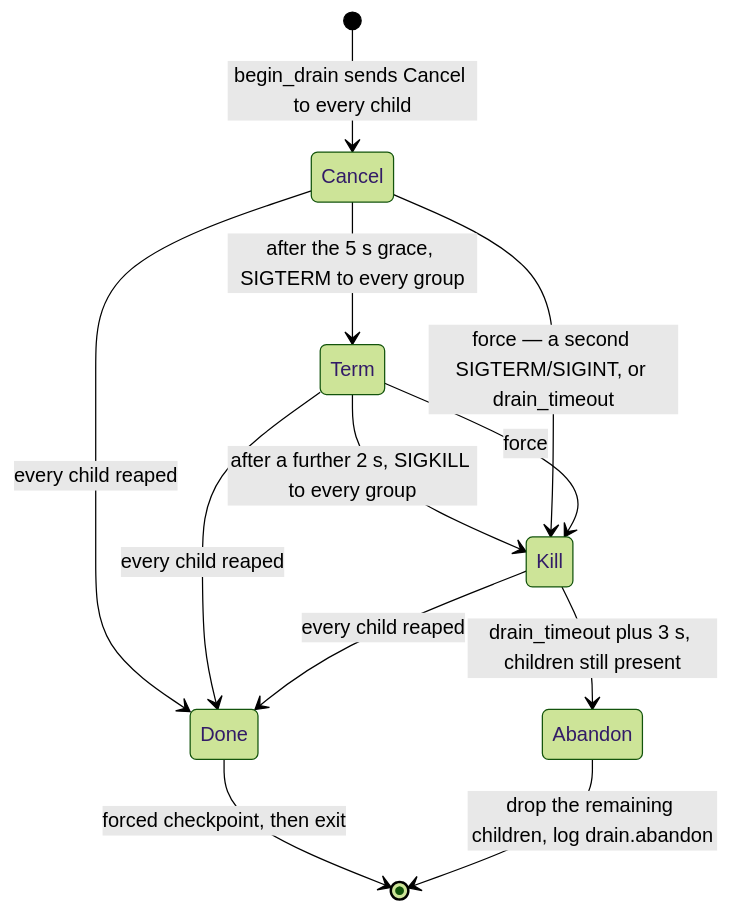
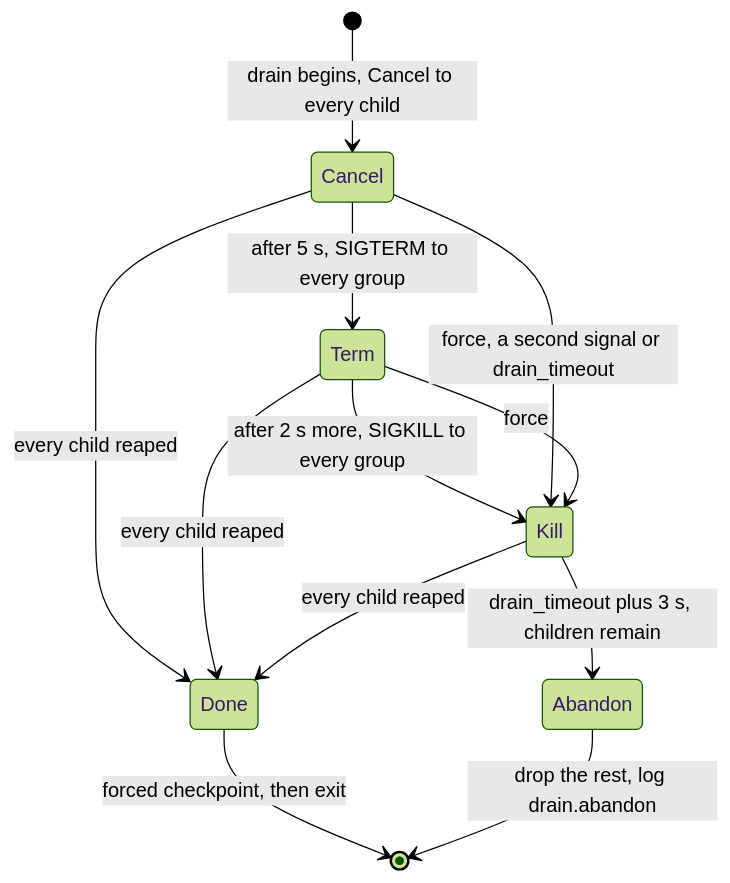
Before and after one commit to agentd-dev/source-code: the fourth of 5 diagrams in docs/harness.md, drawn with Mermaid (forest theme). The commit also changed other lines of this file and 110 other files, not shown here.

````diff
--- a/docs/harness.md
+++ b/docs/harness.md
@@ -235,14 +243,14 @@
 ```mermaid
 stateDiagram-v2
-  [*] --> Cancel: begin_drain sends Cancel to every child
-  Cancel --> Term: after the 5 s grace, SIGTERM to every group
-  Term --> Kill: after a further 2 s, SIGKILL to every group
-  Cancel --> Kill: force — a second SIGTERM/SIGINT, or drain_timeout
+  [*] --> Cancel: drain begins, Cancel to every child
+  Cancel --> Term: after 5 s, SIGTERM to every group
+  Term --> Kill: after 2 s more, SIGKILL to every group
+  Cancel --> Kill: force, a second signal or drain_timeout
   Term --> Kill: force
   Cancel --> Done: every child reaped
   Term --> Done: every child reaped
   Kill --> Done: every child reaped
+  Kill --> Abandon: drain_timeout plus 3 s, children remain
   Done --> [*]: forced checkpoint, then exit
-  Kill --> Abandon: drain_timeout plus 3 s, children still present
-  Abandon --> [*]: drop the remaining children, log drain.abandon
+  Abandon --> [*]: drop the rest, log drain.abandon
 ```
````
